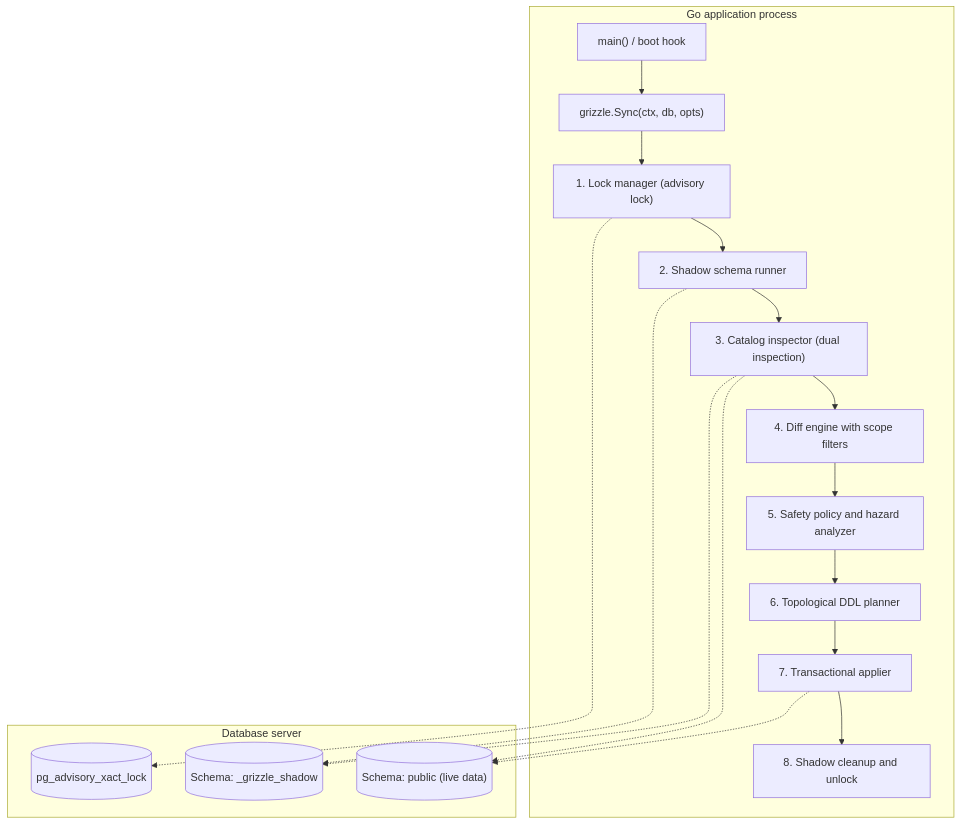
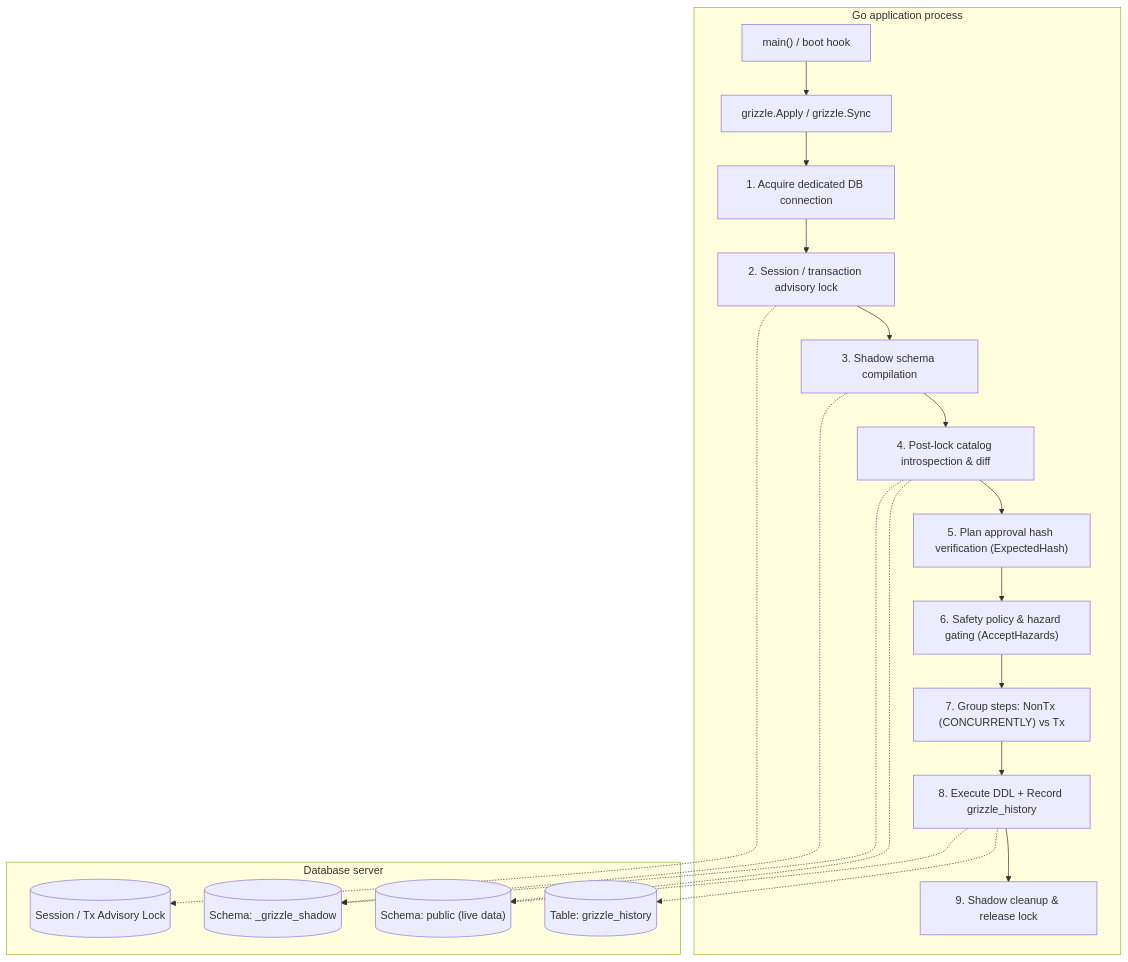
One commit to muandane/grizzle changed the first of 2 diagrams in docs/ARCHITECTURE.md. Above: the diagram before and after it, drawn with Mermaid. The commit also changed other lines of this file and 3 other files, not shown here.

Commit message:
docs: update safety documentation, architectural specifications, and competitor citations

````diff
--- a/docs/ARCHITECTURE.md
+++ b/docs/ARCHITECTURE.md
@@ -9,26 +25,29 @@
 ```mermaid
 flowchart TD
     subgraph Go Application Process [Go application process]
-        AppMain["main() / boot hook"] --> SyncCall["grizzle.Sync(ctx, db, opts)"]
-        SyncCall --> LockMgr["1. Lock manager (advisory lock)"]
-        LockMgr --> ShadowRunner["2. Shadow schema runner"]
-        ShadowRunner --> Inspector["3. Catalog inspector (dual inspection)"]
-        Inspector --> DiffEngine["4. Diff engine with scope filters"]
-        DiffEngine --> SafetyGuard["5. Safety policy and hazard analyzer"]
-        SafetyGuard --> Planner["6. Topological DDL planner"]
-        Planner --> Applier["7. Transactional applier"]
-        Applier --> Cleanup["8. Shadow cleanup and unlock"]
+        AppMain["main() / boot hook"] --> SyncCall["grizzle.Apply / grizzle.Sync"]
+        SyncCall --> ConnAcquire["1. Acquire dedicated DB connection"]
+        ConnAcquire --> LockMgr["2. Session / transaction advisory lock"]
+        LockMgr --> ShadowRunner["3. Shadow schema compilation"]
+        ShadowRunner --> DiffEngine["4. Post-lock catalog introspection & diff"]
+        DiffEngine --> HashVerify["5. Plan approval hash verification (ExpectedHash)"]
+        HashVerify --> SafetyGuard["6. Safety policy & hazard gating (AcceptHazards)"]
+        SafetyGuard --> PlanGrouper["7. Group steps: NonTx (CONCURRENTLY) vs Tx"]
+        PlanGrouper --> Applier["8. Execute DDL + Record grizzle_history"]
+        Applier --> Cleanup["9. Shadow cleanup & release lock"]
     end
 
-    subgraph Target Database [Database server]
-        AdvisoryLock[("pg_advisory_xact_lock")]
+    subgraph Database Server [Database server]
+        AdvisoryLock[("Session / Tx Advisory Lock")]
         ShadowSchema[("Schema: _grizzle_shadow")]
         PublicSchema[("Schema: public (live data)")]
+        HistoryTable[("Table: grizzle_history")]
     end
 
     LockMgr -.-> AdvisoryLock
     ShadowRunner -.-> ShadowSchema
-    Inspector -.-> ShadowSchema
-    Inspector -.-> PublicSchema
+    DiffEngine -.-> ShadowSchema
+    DiffEngine -.-> PublicSchema
     Applier -.-> PublicSchema
+    Applier -.-> HistoryTable
 ```
````
